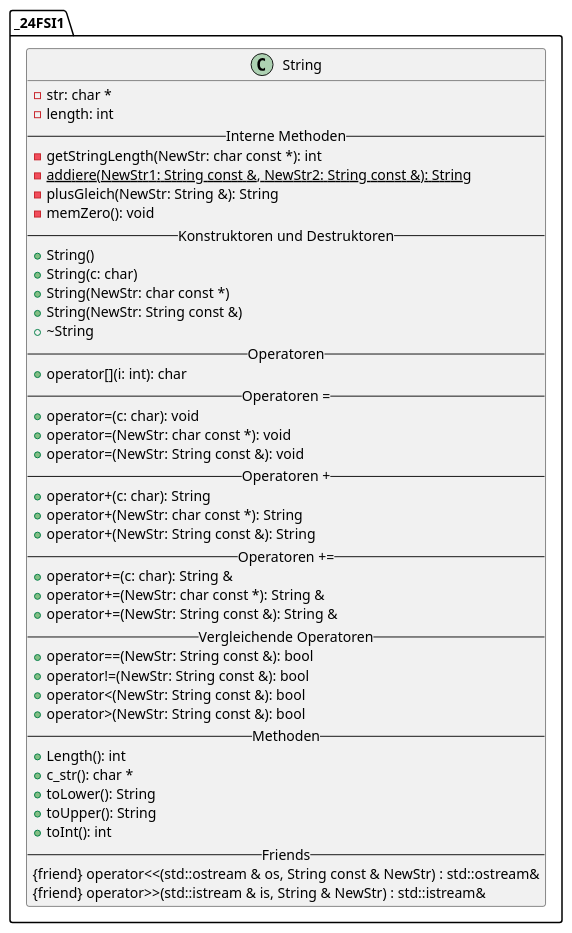
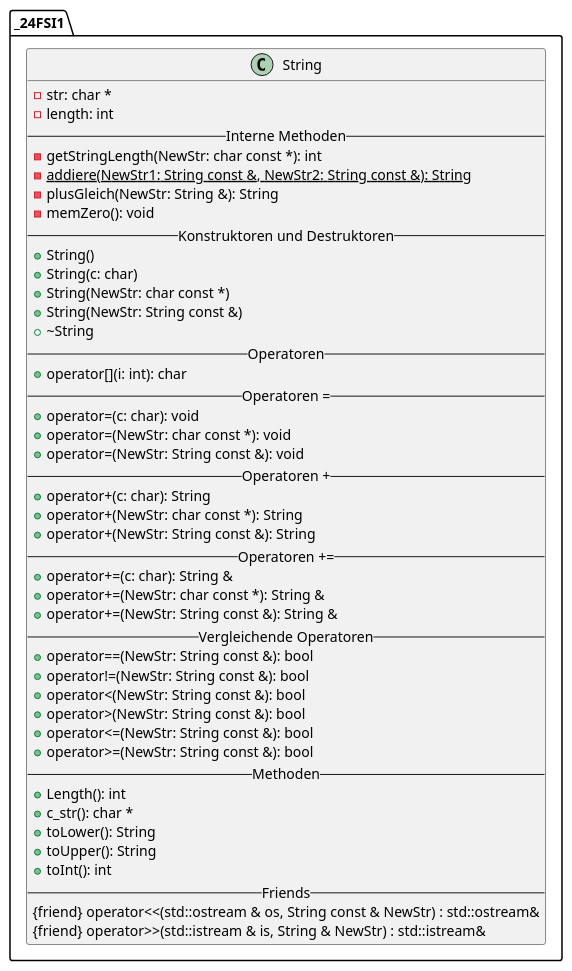
The diagram in String.puml (CarosCave/EigeneStrings), drawn with PlantUML before and after one commit. The commit also changed 4 other files, not shown here.

```diff
--- a/String.puml
+++ b/String.puml
@@ -1,48 +1,50 @@
 @startuml
 'https://plantuml.com/class-diagram
 set namespaceSeparator ::
 class _24FSI1::String {
 -str: char *
 -length: int
 -- Interne Methoden --
 -getStringLength(NewStr: char const *): int
 -{static}addiere(NewStr1: String const &, NewStr2: String const &): String
 -plusGleich(NewStr: String &): String
 -memZero(): void
 -- Konstruktoren und Destruktoren --
 +String()
 +String(c: char)
 +String(NewStr: char const *)
 +String(NewStr: String const &)
 +~String
 -- Operatoren --
 +operator[](i: int): char
 -- Operatoren = --
 +operator=(c: char): void
 +operator=(NewStr: char const *): void
 +operator=(NewStr: String const &): void
 -- Operatoren + --
 +operator+(c: char): String
 +operator+(NewStr: char const *): String
 +operator+(NewStr: String const &): String
 -- Operatoren += --
 +operator+=(c: char): String &
 +operator+=(NewStr: char const *): String &
 +operator+=(NewStr: String const &): String &
 -- Vergleichende Operatoren --
 +operator==(NewStr: String const &): bool
 +operator!=(NewStr: String const &): bool
 +operator<(NewStr: String const &): bool
 +operator>(NewStr: String const &): bool
++operator<=(NewStr: String const &): bool
++operator>=(NewStr: String const &): bool
 -- Methoden --
 +Length(): int
 +c_str(): char *
 +toLower(): String
 +toUpper(): String
 +toInt(): int
 -- Friends --
 {friend} operator<<(std::ostream & os, String const & NewStr) : std::ostream&
 {friend} operator>>(std::istream & is, String & NewStr) : std::istream&
 }
 }
 @enduml
```
